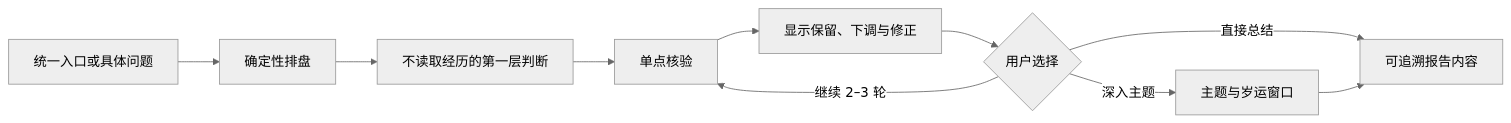
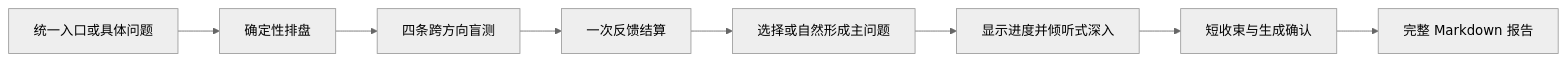
Before and after one commit to guojiahh/afei-destiny-skill: the diagram in README.md, drawn with Mermaid (neutral theme). The commit also changed other lines of this file and 20 other files, not shown here.

````diff
--- a/README.md
+++ b/README.md
@@ -88,12 +88,10 @@
 ```mermaid
 flowchart LR
     A["统一入口或具体问题"] --> B["确定性排盘"]
-    B --> C["不读取经历的第一层判断"]
-    C --> D["单点核验"]
-    D --> E["显示保留、下调与修正"]
-    E --> F{"用户选择"}
-    F -->|"继续 2–3 轮"| D
-    F -->|"深入主题"| G["主题与岁运窗口"]
-    F -->|"直接总结"| H["可追溯报告内容"]
-    G --> H
+    B --> C["四条跨方向盲测"]
+    C --> D["一次反馈结算"]
+    D --> E["选择或自然形成主问题"]
+    E --> F["显示进度并倾听式深入"]
+    F --> G["短收束与生成确认"]
+    G --> H["完整 Markdown 报告"]
 ```
````
